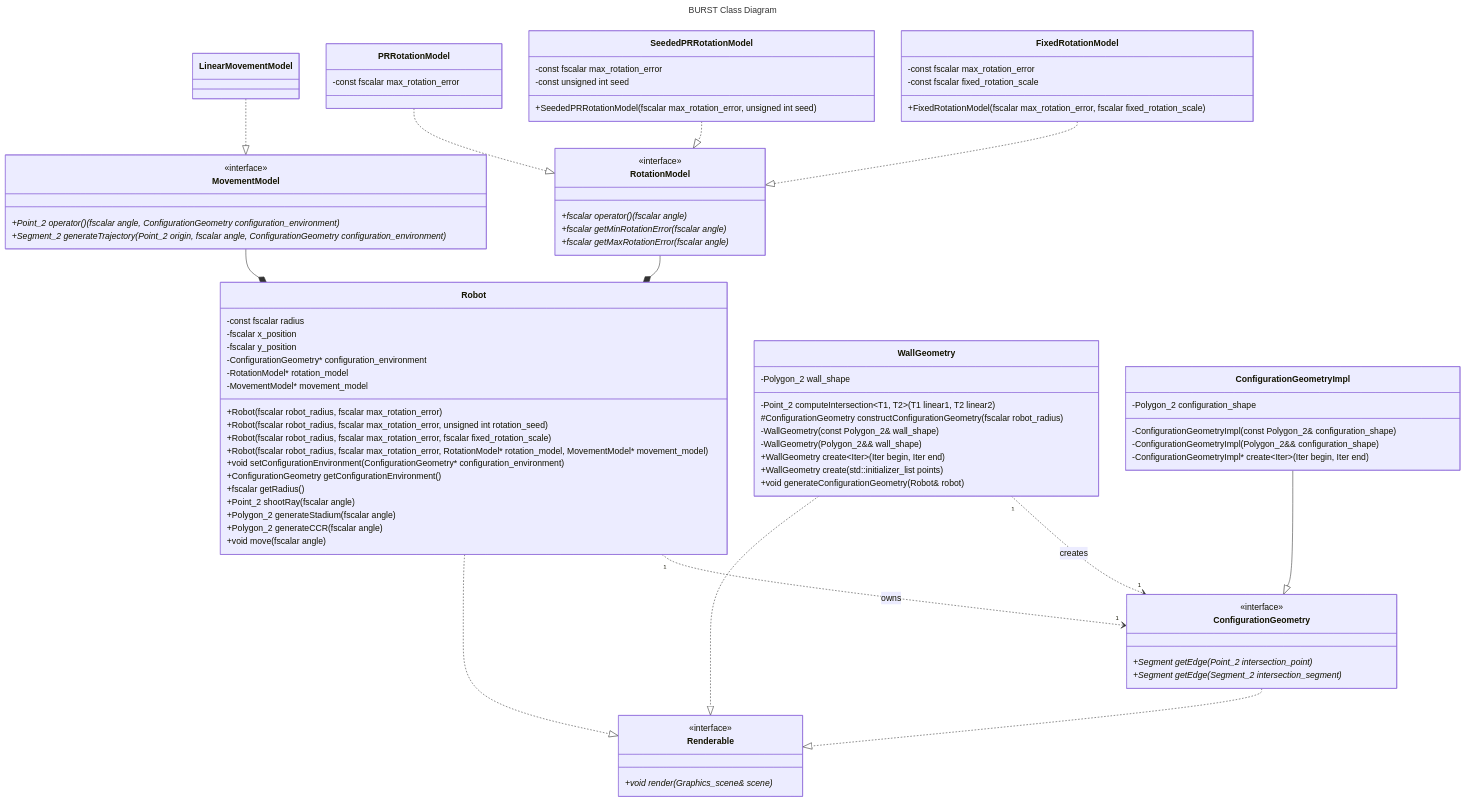
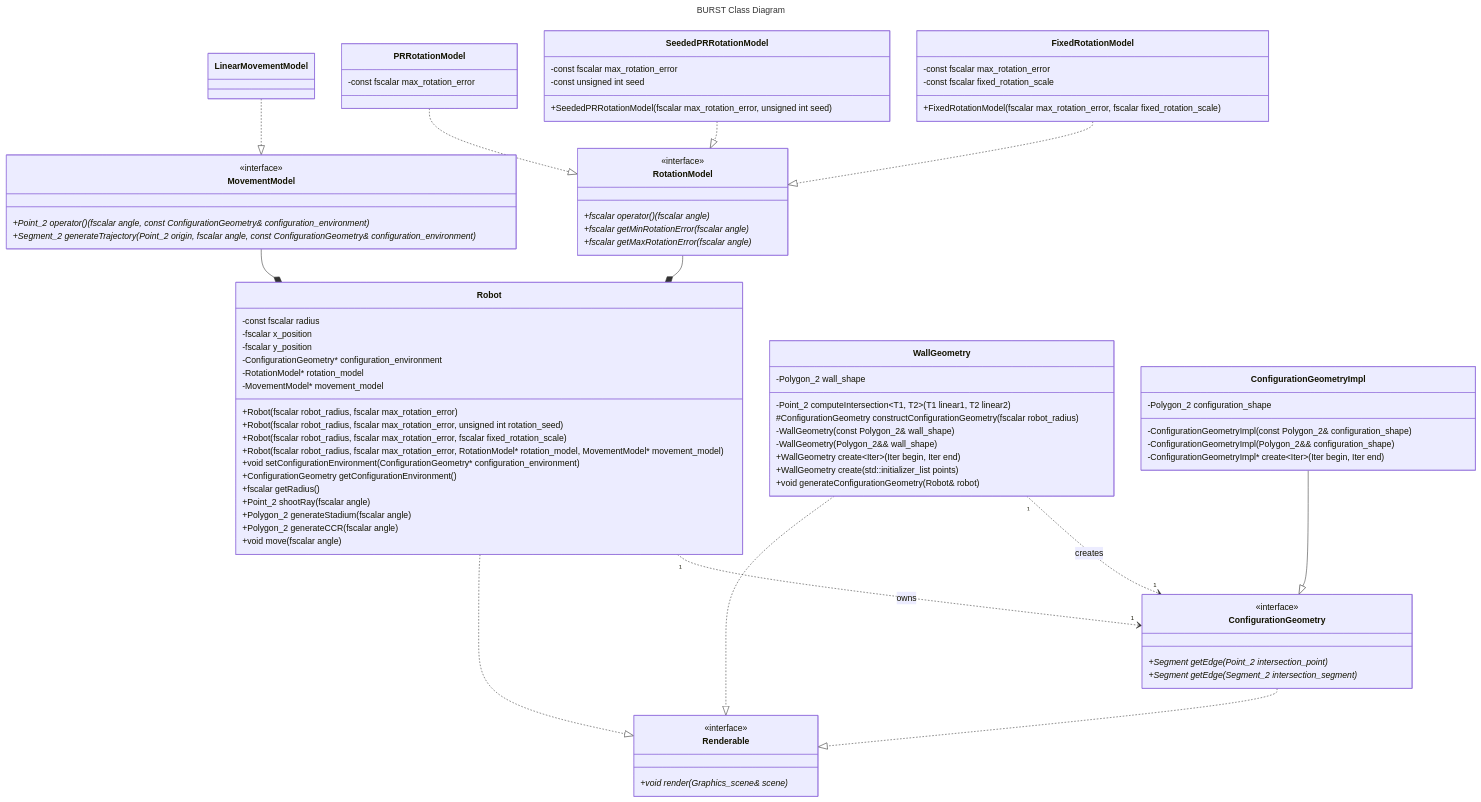
One commit to KedarPanchal/DAIR-BURST changed the diagram in docs/DESIGN.md. Above: the diagram before and after it, drawn with Mermaid. The commit also changed 1 other file, not shown here.

Commit message:
Update movement models to take in a reference to the ConfigurationGeometry

```diff
--- a/docs/DESIGN.md
+++ b/docs/DESIGN.md
@@ -47,8 +47,8 @@
     FixedRotationModel ..|> RotationModel
 
     class MovementModel {
-        +Point_2 operator() (fscalar angle, ConfigurationGeometry configuration_environment)*
-        +Segment_2 generateTrajectory(Point_2 origin, fscalar angle, ConfigurationGeometry configuration_environment)*
+        +Point_2 operator() (fscalar angle, const ConfigurationGeometry& configuration_environment)*
+        +Segment_2 generateTrajectory(Point_2 origin, fscalar angle, const ConfigurationGeometry& configuration_environment)*
     }
     <<interface>> MovementModel
 
```
